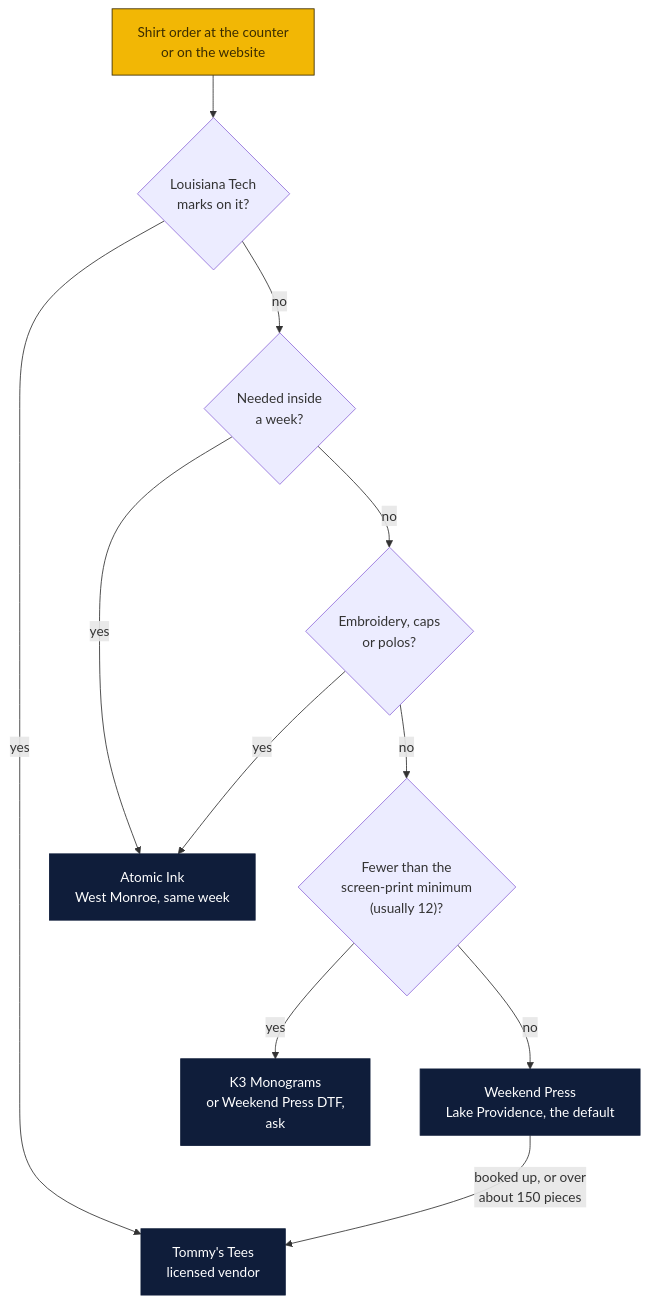
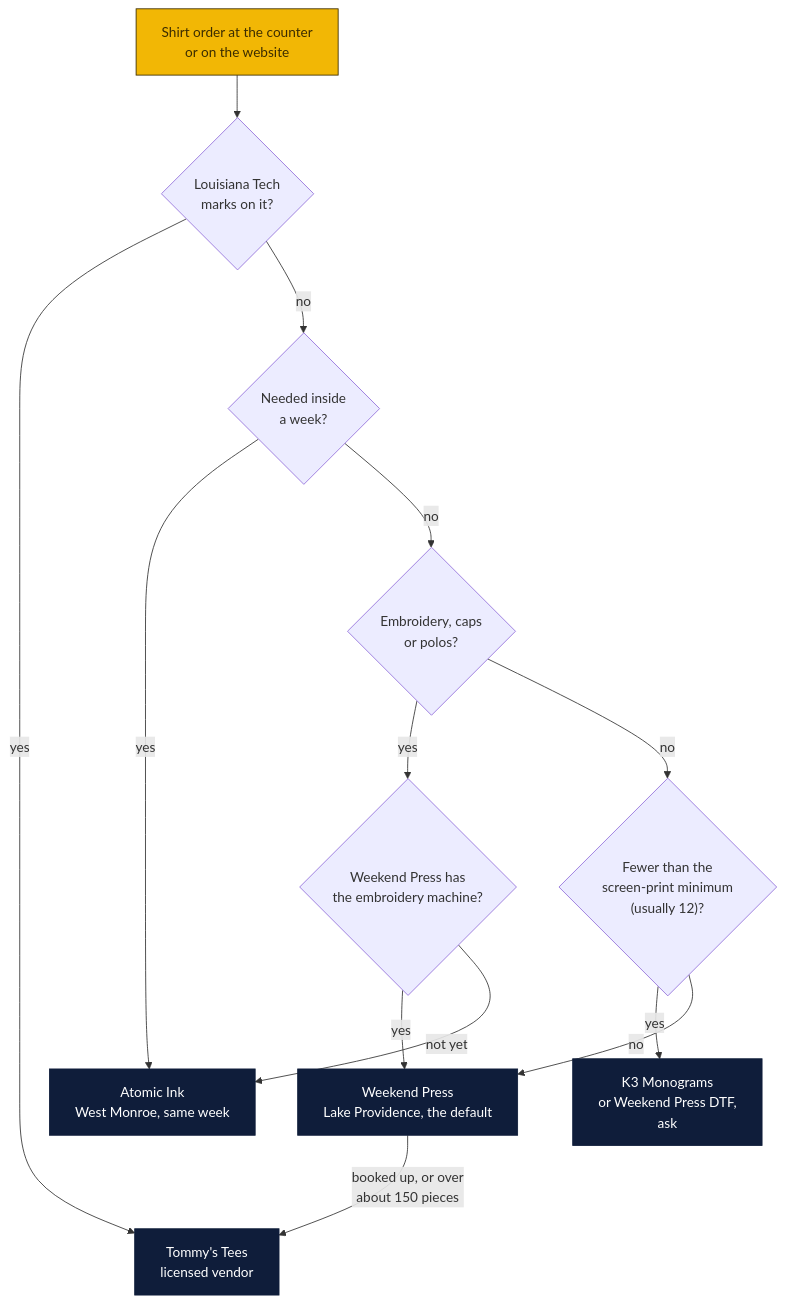
Before and after one commit to wbp318/goin-postal-forsythe: the first of 2 diagrams in monetization/screen-printing/README.md, drawn with Mermaid. The commit also changed other lines of this file and 13 other files, not shown here.

````diff
--- a/monetization/screen-printing/README.md
+++ b/monetization/screen-printing/README.md
@@ -32,16 +32,18 @@
 ```mermaid
 flowchart TD
   O["Shirt order at the counter<br/>or on the website"]:::local --> L{"Louisiana Tech<br/>marks on it?"}
   L -->|yes| T["Tommy's Tees<br/>licensed vendor"]:::cloud
   L -->|no| R{"Needed inside<br/>a week?"}
   R -->|yes| A["Atomic Ink<br/>West Monroe, same week"]:::cloud
   R -->|no| E{"Embroidery, caps<br/>or polos?"}
-  E -->|yes| A
+  E -->|yes| EM{"Weekend Press has<br/>the embroidery machine?"}
+  EM -->|yes| W
+  EM -->|not yet| A
   E -->|no| N{"Fewer than the<br/>screen-print minimum<br/>(usually 12)?"}
   N -->|yes| K["K3 Monograms<br/>or Weekend Press DTF,<br/>ask"]:::cloud
   N -->|no| W["Weekend Press<br/>Lake Providence, the default"]:::cloud
   W -->|"booked up, or over<br/>about 150 pieces"| T
   classDef local fill:#f2b705,stroke:#3b2c00,color:#3b2c00
   classDef cloud fill:#0f1d3a,stroke:#0f1d3a,color:#ffffff
   classDef you fill:#e8f1fb,stroke:#1d4ed8,color:#17202d
 ```
````
